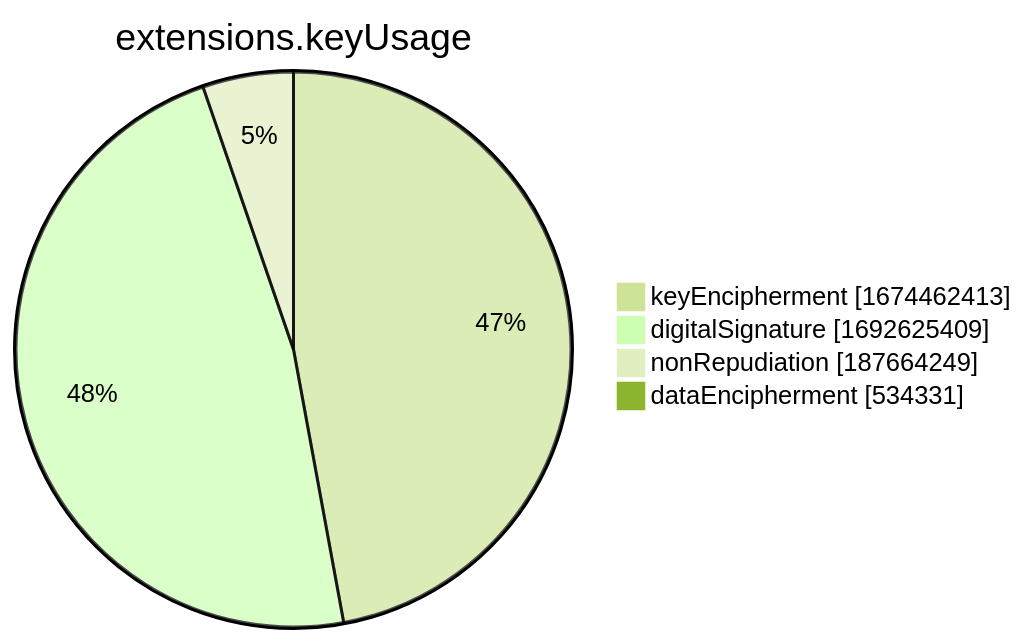
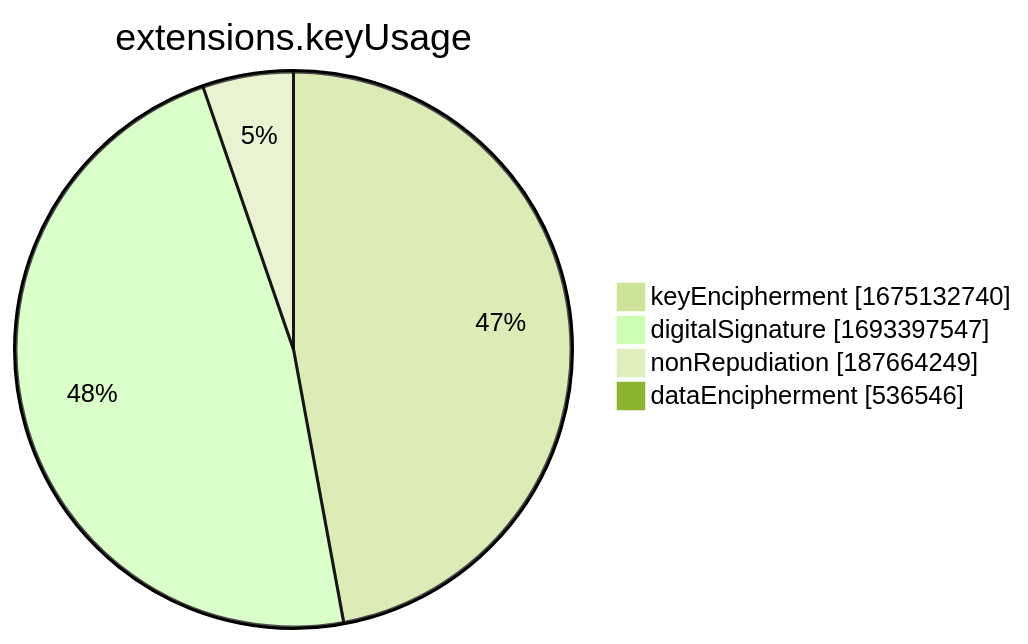
Before and after one commit to christiankrug/ctmonitor_visualization: the seventh of 15 diagrams in xenon2022/README.md, drawn with Mermaid (forest theme). The commit also changed other lines of this file, not shown here.

````diff
--- a/xenon2022/README.md
+++ b/xenon2022/README.md
@@ -2857,8 +2857,8 @@
 ```mermaid
 pie showData
 title extensions.keyUsage
-"keyEncipherment" :1674462413
-"digitalSignature" :1692625409
+"keyEncipherment" :1675132740
+"digitalSignature" :1693397547
 "nonRepudiation" :187664249
-"dataEncipherment" :534331
+"dataEncipherment" :536546
 ```
````
